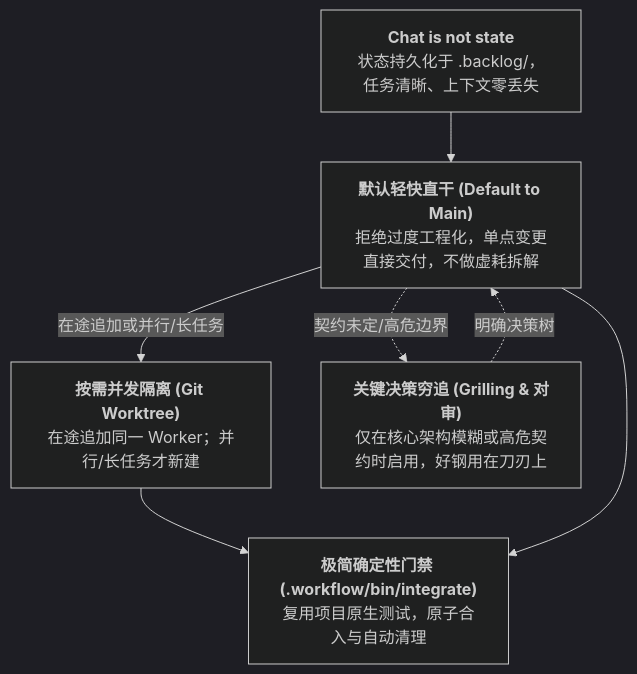
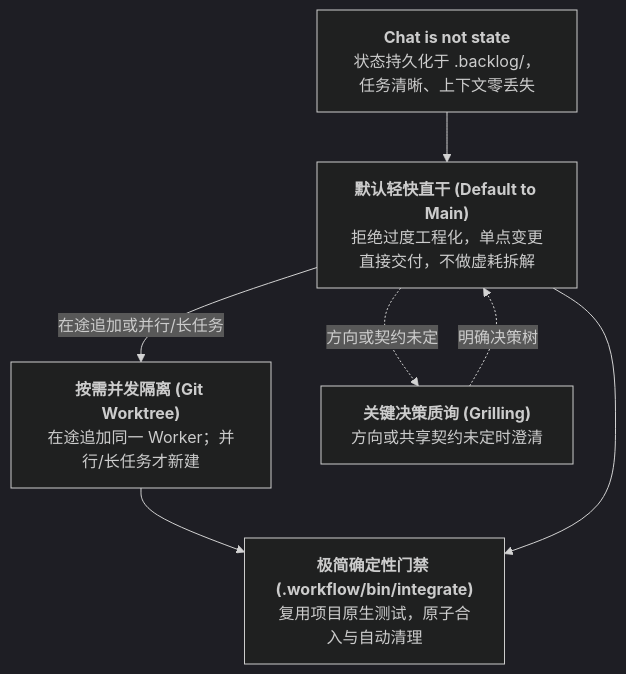
The first of 2 diagrams in README.md (shiguangwl/Loom-Workflow), drawn with Mermaid (dark theme) before and after one commit. The commit also changed other lines of this file and 6 other files, not shown here.

````diff
--- a/README.md
+++ b/README.md
@@ -79,15 +106,15 @@
 ```mermaid
 flowchart TD
     Chat["<b>Chat is not state</b><br/>状态持久化于 .backlog/，任务清晰、上下文零丢失"]
     Main["<b>默认轻快直干 (Default to Main)</b><br/>拒绝过度工程化，单点变更直接交付，不做虚耗拆解"]
     Worktree["<b>按需并发隔离 (Git Worktree)</b><br/>在途追加同一 Worker；并行/长任务才新建"]
     Gate["<b>极简确定性门禁 (.workflow/bin/integrate)</b><br/>复用项目原生测试，原子合入与自动清理"]
-    Grill["<b>关键决策穷追 (Grilling & 对审)</b><br/>仅在核心架构模糊或高危契约时启用，好钢用在刀刃上"]
+    Grill["<b>关键决策质询 (Grilling)</b><br/>方向或共享契约未定时澄清"]
 
     Chat --> Main
     Main -- 在途追加或并行/长任务 --> Worktree
     Worktree --> Gate
     Main --> Gate
-    Main -. 契约未定/高危边界 .-> Grill
+    Main -. 方向或契约未定 .-> Grill
     Grill -. 明确决策树 .-> Main
 ```
````
